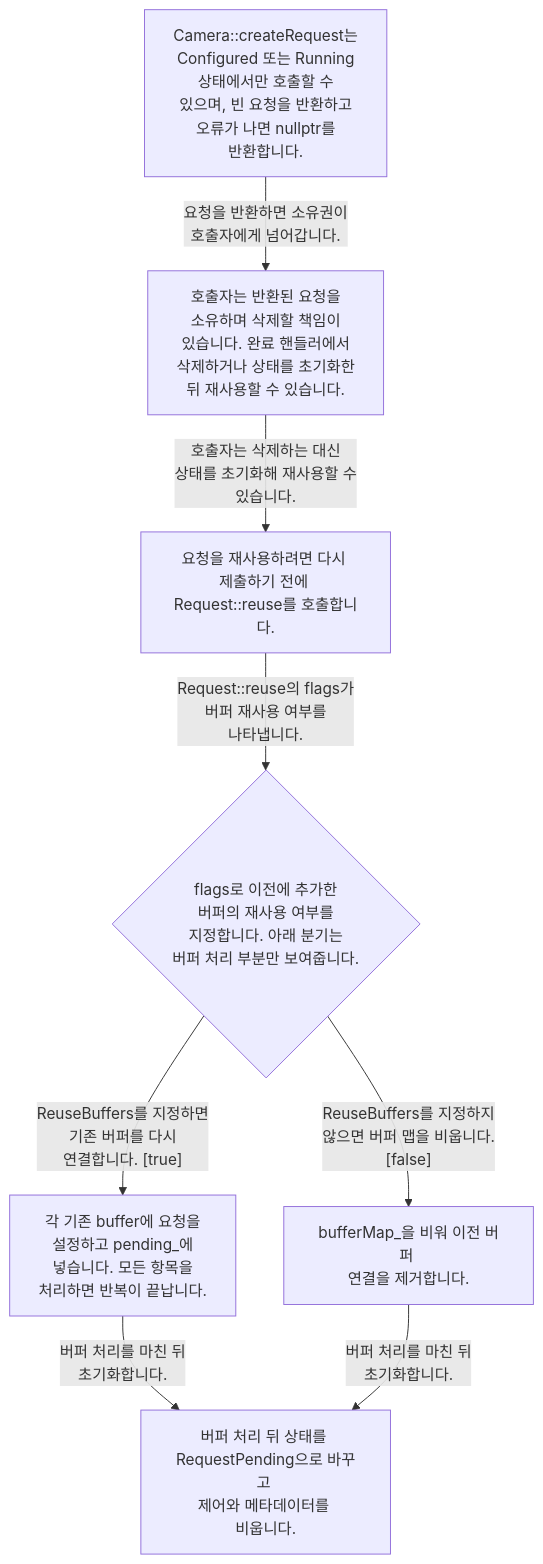
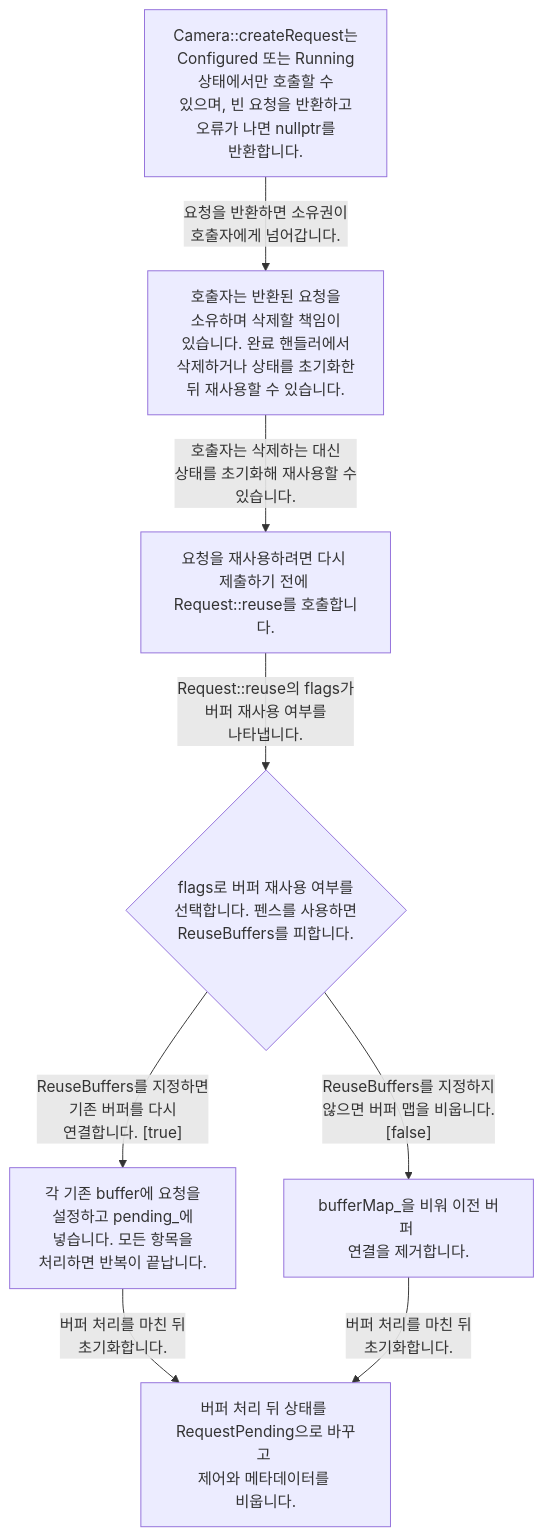
One commit to TTolsun/libcamera-sdd changed the second of 7 diagrams in docs/overview.md. Above: the diagram before and after it, drawn with Mermaid. The commit also changed other lines of this file and 125 other files, not shown here.

````diff
--- a/docs/overview.md
+++ b/docs/overview.md
@@ -110,18 +107,18 @@
 ```mermaid
 flowchart TB
-%% sdd:translations {"Camera::createRequest는 <br/>Configured 또는 Running <br/>상태에서만 호출할 수 <br/>있으며, 빈 요청을 반환하고 <br/>오류가 나면 nullptr를 <br/>반환합니다.": "Camera::createRequest <br/>creates an empty request in <br/>Configured or Running and <br/>returns nullptr on error.", "Request::reuse의 flags가 <br/>버퍼 재사용 여부를 <br/>나타냅니다.": "The flags of Request::reuse <br/>indicate whether to reuse <br/>buffers.", "ReuseBuffers를 지정하면 <br/>기존 버퍼를 다시 <br/>연결합니다. #91;true#93;": "With ReuseBuffers, the <br/>existing buffers are <br/>associated again. #91;true#93;", "ReuseBuffers를 지정하지 <br/>않으면 버퍼 맵을 비웁니다. <br/>#91;false#93;": "Without ReuseBuffers, the <br/>buffer map is cleared. <br/>#91;false#93;", "bufferMap#95;을 비워 이전 버퍼 <br/>연결을 제거합니다.": "bufferMap#95; is cleared, <br/>removing the previous <br/>buffer associations.", "flags로 이전에 추가한 <br/>버퍼의 재사용 여부를 <br/>지정합니다. 아래 분기는 <br/>버퍼 처리 부분만 보여줍니다.": "flags selects buffer reuse; <br/>the branches show only <br/>buffer handling.", "각 기존 buffer에 요청을 <br/>설정하고 pending#95;에 <br/>넣습니다. 모든 항목을 <br/>처리하면 반복이 끝납니다.": "Each existing buffer gets <br/>the request and enters <br/>pending#95;; the loop then <br/>ends.", "버퍼 처리 뒤 상태를 <br/>RequestPending으로 바꾸고 <br/>제어와 메타데이터를 <br/>비웁니다.": "After buffer handling, set <br/>RequestPending and clear <br/>controls and metadata.", "버퍼 처리를 마친 뒤 <br/>초기화합니다.": "Reset after buffer handling.", "요청을 반환하면 소유권이 <br/>호출자에게 넘어갑니다.": "The returned request#39;s <br/>ownership passes to the <br/>caller.", "요청을 재사용하려면 다시 <br/>제출하기 전에 <br/>Request::reuse를 호출합니다.": "Call Request::reuse before <br/>queueing the request again.", "호출자는 반환된 요청을 <br/>소유하며 삭제할 책임이 <br/>있습니다. 완료 핸들러에서 <br/>삭제하거나 상태를 초기화한 <br/>뒤 재사용할 수 있습니다.": "The caller owns and must <br/>delete the request; it may <br/>delete it on completion or <br/>reset and reuse it.", "호출자는 삭제하는 대신 <br/>상태를 초기화해 재사용할 수 <br/>있습니다.": "The caller may reset and <br/>reuse the request instead <br/>of deleting it."}
+%% sdd:translations {"Camera::createRequest는 <br/>Configured 또는 Running <br/>상태에서만 호출할 수 <br/>있으며, 빈 요청을 반환하고 <br/>오류가 나면 nullptr를 <br/>반환합니다.": "Camera::createRequest <br/>creates an empty request in <br/>Configured or Running and <br/>returns nullptr on error.", "Request::reuse의 flags가 <br/>버퍼 재사용 여부를 <br/>나타냅니다.": "The flags of Request::reuse <br/>indicate whether to reuse <br/>buffers.", "ReuseBuffers를 지정하면 <br/>기존 버퍼를 다시 <br/>연결합니다. #91;true#93;": "With ReuseBuffers, the <br/>existing buffers are <br/>associated again. #91;true#93;", "ReuseBuffers를 지정하지 <br/>않으면 버퍼 맵을 비웁니다. <br/>#91;false#93;": "Without ReuseBuffers, the <br/>buffer map is cleared. <br/>#91;false#93;", "bufferMap#95;을 비워 이전 버퍼 <br/>연결을 제거합니다.": "bufferMap#95; is cleared, <br/>removing the previous <br/>buffer associations.", "flags로 버퍼 재사용 여부를 <br/>선택합니다. 펜스를 사용하면 <br/>ReuseBuffers를 피합니다.": "Flags choose buffer reuse. <br/>Avoid ReuseBuffers when <br/>using fences.", "각 기존 buffer에 요청을 <br/>설정하고 pending#95;에 <br/>넣습니다. 모든 항목을 <br/>처리하면 반복이 끝납니다.": "Each existing buffer gets <br/>the request and enters <br/>pending#95;; the loop then <br/>ends.", "버퍼 처리 뒤 상태를 <br/>RequestPending으로 바꾸고 <br/>제어와 메타데이터를 <br/>비웁니다.": "After buffer handling, set <br/>RequestPending and clear <br/>controls and metadata.", "버퍼 처리를 마친 뒤 <br/>초기화합니다.": "Reset after buffer handling.", "요청을 반환하면 소유권이 <br/>호출자에게 넘어갑니다.": "The returned request#39;s <br/>ownership passes to the <br/>caller.", "요청을 재사용하려면 다시 <br/>제출하기 전에 <br/>Request::reuse를 호출합니다.": "Call Request::reuse before <br/>queueing the request again.", "호출자는 반환된 요청을 <br/>소유하며 삭제할 책임이 <br/>있습니다. 완료 핸들러에서 <br/>삭제하거나 상태를 초기화한 <br/>뒤 재사용할 수 있습니다.": "The caller owns and must <br/>delete the request; it may <br/>delete it on completion or <br/>reset and reuse it.", "호출자는 삭제하는 대신 <br/>상태를 초기화해 재사용할 수 <br/>있습니다.": "The caller may reset and <br/>reuse the request instead <br/>of deleting it."}
   v_create["Camera::createRequest는 <br/>Configured 또는 Running <br/>상태에서만 호출할 수 <br/>있으며, 빈 요청을 반환하고 <br/>오류가 나면 nullptr를 <br/>반환합니다."]
   v_caller["호출자는 반환된 요청을 <br/>소유하며 삭제할 책임이 <br/>있습니다. 완료 핸들러에서 <br/>삭제하거나 상태를 초기화한 <br/>뒤 재사용할 수 있습니다."]
   v_reuse["요청을 재사용하려면 다시 <br/>제출하기 전에 <br/>Request::reuse를 호출합니다."]
-  v_flags{"flags로 이전에 추가한 <br/>버퍼의 재사용 여부를 <br/>지정합니다. 아래 분기는 <br/>버퍼 처리 부분만 보여줍니다."}
+  v_flags{"flags로 버퍼 재사용 여부를 <br/>선택합니다. 펜스를 사용하면 <br/>ReuseBuffers를 피합니다."}
   v_buffer["각 기존 buffer에 요청을 <br/>설정하고 pending#95;에 <br/>넣습니다. 모든 항목을 <br/>처리하면 반복이 끝납니다."]
   v_map["bufferMap#95;을 비워 이전 버퍼 <br/>연결을 제거합니다."]
   v_reset["버퍼 처리 뒤 상태를 <br/>RequestPending으로 바꾸고 <br/>제어와 메타데이터를 <br/>비웁니다."]
   v_create -->|"요청을 반환하면 소유권이 <br/>호출자에게 넘어갑니다."| v_caller
   v_caller -->|"호출자는 삭제하는 대신 <br/>상태를 초기화해 재사용할 수 <br/>있습니다."| v_reuse
   v_reuse -->|"Request::reuse의 flags가 <br/>버퍼 재사용 여부를 <br/>나타냅니다."| v_flags
   v_flags -->|"ReuseBuffers를 지정하면 <br/>기존 버퍼를 다시 <br/>연결합니다. #91;true#93;"| v_buffer
   v_flags -->|"ReuseBuffers를 지정하지 <br/>않으면 버퍼 맵을 비웁니다. <br/>#91;false#93;"| v_map
   v_buffer -->|"버퍼 처리를 마친 뒤 <br/>초기화합니다."| v_reset
   v_map -->|"버퍼 처리를 마친 뒤 <br/>초기화합니다."| v_reset
 ```
````
